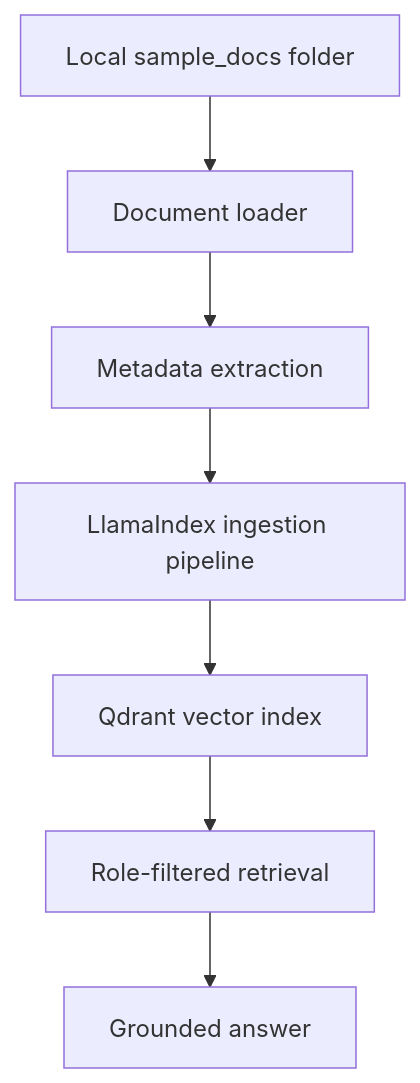
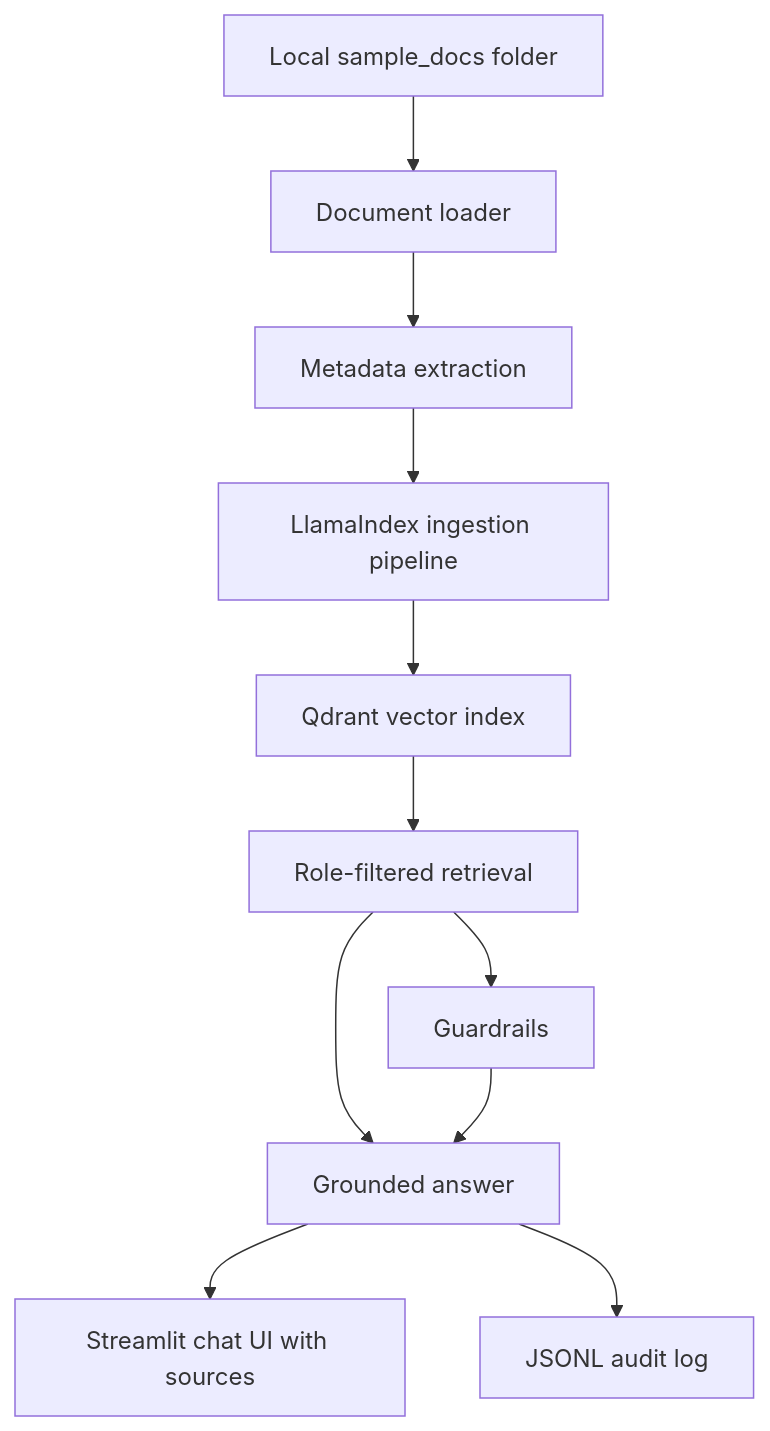
Before and after one commit to YLLL0802/local-folder-knowledge-copilot: the diagram in README.md, drawn with Mermaid. The commit also changed other lines of this file and 18 other files, not shown here.

````diff
--- a/README.md
+++ b/README.md
@@ -24,9 +26,13 @@
 ```mermaid
 flowchart TD
     DOCS["Local sample_docs folder"] --> LOAD["Document loader"]
     LOAD --> META["Metadata extraction"]
     META --> INDEX["LlamaIndex ingestion pipeline"]
     INDEX --> QDRANT["Qdrant vector index"]
     QDRANT --> RET["Role-filtered retrieval"]
+    RET --> GUARD["Guardrails"]
     RET --> ANSWER["Grounded answer"]
+    GUARD --> ANSWER
+    ANSWER --> UI["Streamlit chat UI with sources"]
+    ANSWER --> AUDIT["JSONL audit log"]
 ```
````
